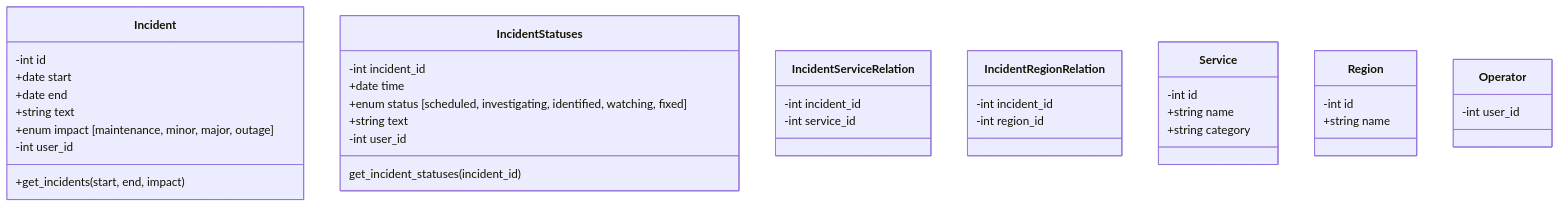
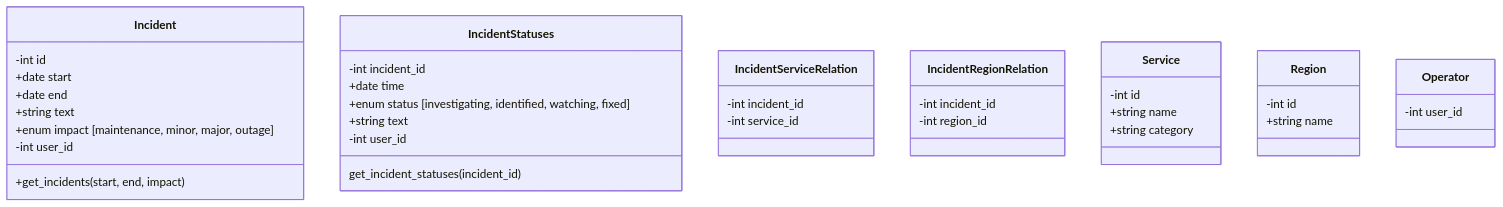
Before and after one commit to stackmon/status-dashboard: the diagram in README.md, drawn with Mermaid. The commit also changed 11 other files, not shown here.

````diff
--- a/README.md
+++ b/README.md
@@ -54,50 +54,50 @@
 ```mermaid
 classDiagram
 
     class Incident{
       -int id
       +date start
       +date end
       +string text
       +enum impact [maintenance, minor, major, outage]
       -int user_id
 
       +get_incidents(start, end, impact)
     }
 
     class IncidentStatuses{
         -int incident_id
         +date time
-        +enum status [scheduled, investigating, identified, watching, fixed]
+        +enum status [investigating, identified, watching, fixed]
         +string text
         -int user_id
 
         get_incident_statuses(incident_id)
     }
 
     class IncidentServiceRelation{
         -int incident_id
         -int service_id
     }
 
     class IncidentRegionRelation {
         -int incident_id
         -int region_id
     }
 
     class Service {
       -int id
       +string name
       +string category
     }
 
     class Region{
         -int id
         +string name
     }
 
     class Operator {
         -int user_id
         
     }
 ```
````
